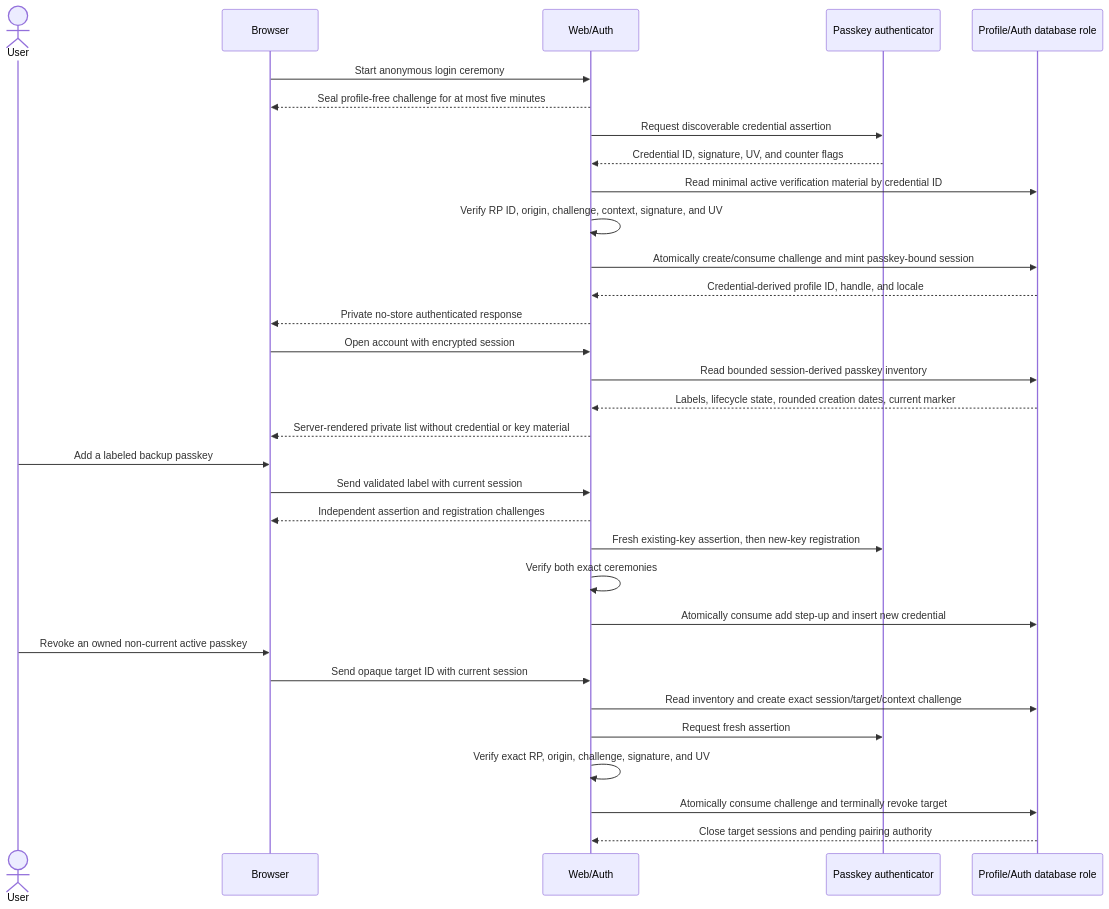
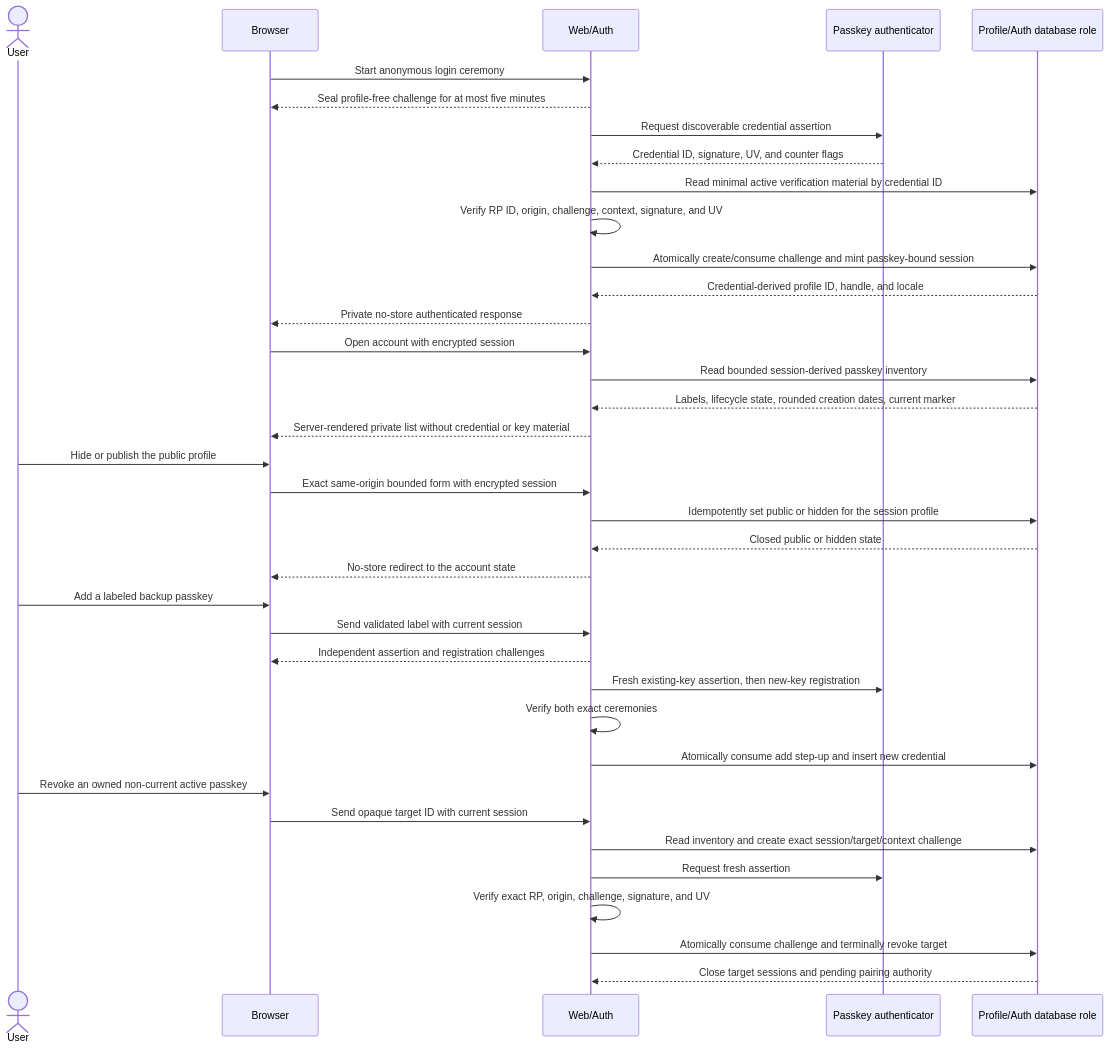
Before and after one commit to Tah10n/viberacing: the second of 9 diagrams in docs/architecture/DATA_FLOW.md, drawn with Mermaid. The commit also changed other lines of this file and 29 other files, not shown here.

````diff
--- a/docs/architecture/DATA_FLOW.md
+++ b/docs/architecture/DATA_FLOW.md
@@ -93,38 +93,44 @@
 ```mermaid
 sequenceDiagram
   actor User
   participant Browser
   participant Web as Web/Auth
   participant Authenticator as Passkey authenticator
   participant DB as Profile/Auth database role
 
   Browser->>Web: Start anonymous login ceremony
   Web-->>Browser: Seal profile-free challenge for at most five minutes
   Web->>Authenticator: Request discoverable credential assertion
   Authenticator-->>Web: Credential ID, signature, UV, and counter flags
   Web->>DB: Read minimal active verification material by credential ID
   Web->>Web: Verify RP ID, origin, challenge, context, signature, and UV
   Web->>DB: Atomically create/consume challenge and mint passkey-bound session
   DB-->>Web: Credential-derived profile ID, handle, and locale
   Web-->>Browser: Private no-store authenticated response
 
   Browser->>Web: Open account with encrypted session
   Web->>DB: Read bounded session-derived passkey inventory
   DB-->>Web: Labels, lifecycle state, rounded creation dates, current marker
   Web-->>Browser: Server-rendered private list without credential or key material
 
+  User->>Browser: Hide or publish the public profile
+  Browser->>Web: Exact same-origin bounded form with encrypted session
+  Web->>DB: Idempotently set public or hidden for the session profile
+  DB-->>Web: Closed public or hidden state
+  Web-->>Browser: No-store redirect to the account state
+
   User->>Browser: Add a labeled backup passkey
   Browser->>Web: Send validated label with current session
   Web-->>Browser: Independent assertion and registration challenges
   Web->>Authenticator: Fresh existing-key assertion, then new-key registration
   Web->>Web: Verify both exact ceremonies
   Web->>DB: Atomically consume add step-up and insert new credential
 
   User->>Browser: Revoke an owned non-current active passkey
   Browser->>Web: Send opaque target ID with current session
   Web->>DB: Read inventory and create exact session/target/context challenge
   Web->>Authenticator: Request fresh assertion
   Web->>Web: Verify exact RP, origin, challenge, signature, and UV
   Web->>DB: Atomically consume challenge and terminally revoke target
   DB-->>Web: Close target sessions and pending pairing authority
 ```
````
